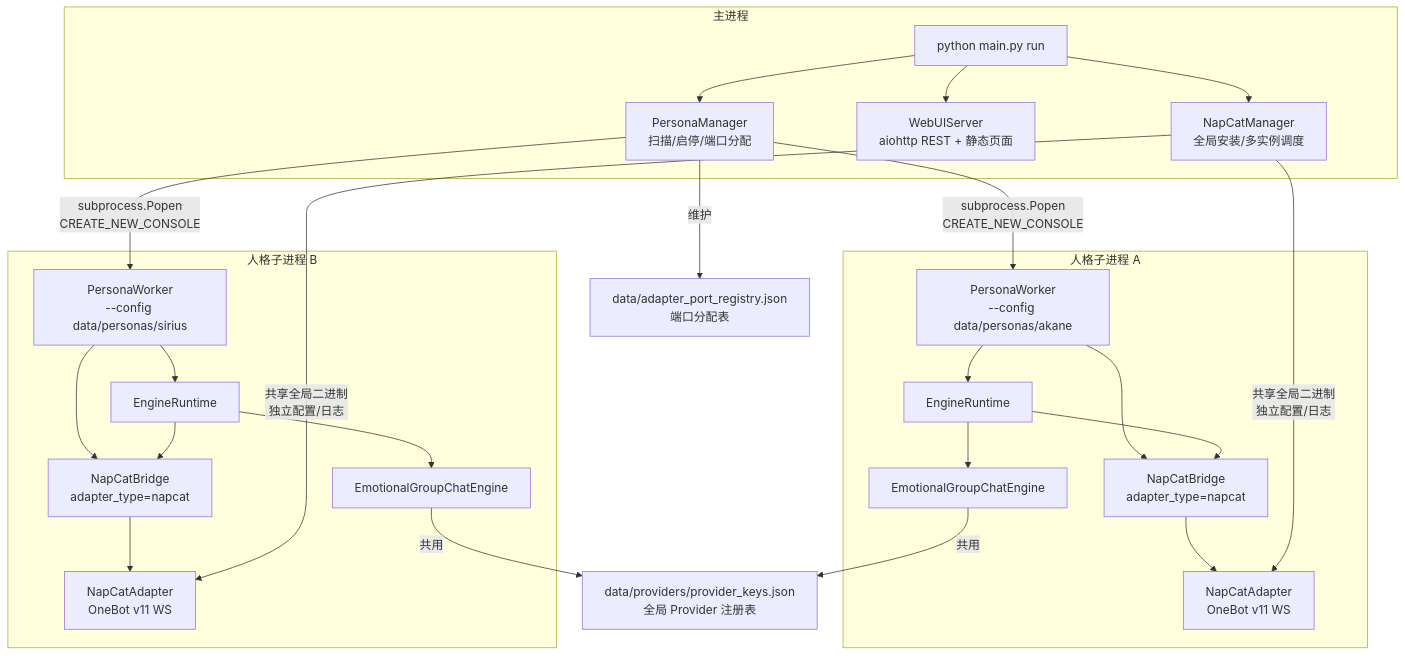
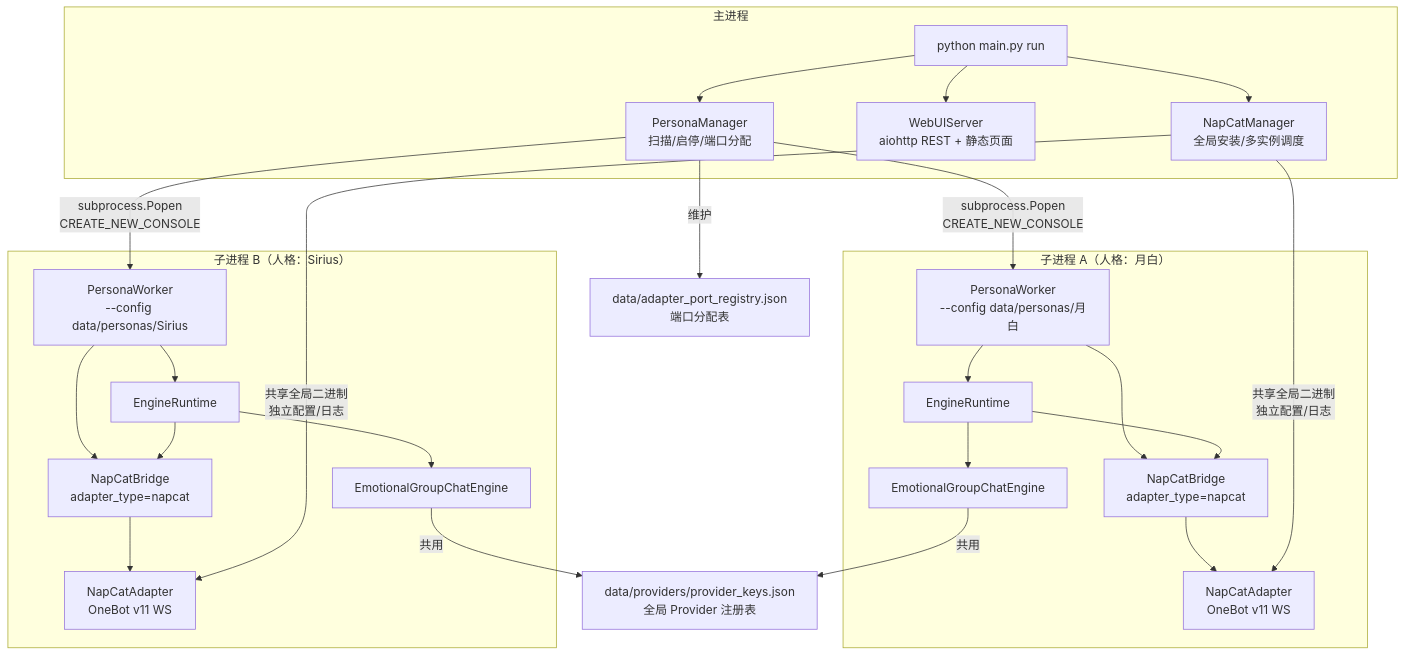
Before and after one commit to Sparrived/SiriusChat: the first of 11 diagrams in docs/full-architecture-flow.md, drawn with Mermaid. The commit also changed other lines of this file and 20 other files, not shown here.

````diff
--- a/docs/full-architecture-flow.md
+++ b/docs/full-architecture-flow.md
@@ -17,44 +17,44 @@
 ```mermaid
 flowchart TD
     subgraph MainProcess["主进程"]
         CLI["python main.py run"]
-        PM["PersonaManager\n扫描/启停/端口分配"]
-        WebUI["WebUIServer\naiohttp REST + 静态页面"]
-        NM["NapCatManager\n全局安装/多实例调度"]
+        PM["PersonaManager<br/>扫描/启停/端口分配"]
+        WebUI["WebUIServer<br/>aiohttp REST + 静态页面"]
+        NM["NapCatManager<br/>全局安装/多实例调度"]
     end
 
     CLI --> PM
     CLI --> WebUI
     CLI --> NM
 
-    subgraph PersonaA["人格子进程 A"]
-        PWA["PersonaWorker\n--config data/personas/akane"]
+    subgraph PersonaA["子进程 A（人格：月白）"]
+        PWA["PersonaWorker<br/>--config data/personas/月白"]
         RTA["EngineRuntime"]
         EngineA["EmotionalGroupChatEngine"]
-        BridgeA["NapCatBridge\nadapter_type=napcat"]
-        AdapterA["NapCatAdapter\nOneBot v11 WS"]
+        BridgeA["NapCatBridge<br/>adapter_type=napcat"]
+        AdapterA["NapCatAdapter<br/>OneBot v11 WS"]
         PWA --> RTA --> EngineA
         PWA --> BridgeA --> AdapterA
         RTA --> BridgeA
     end
 
-    subgraph PersonaB["人格子进程 B"]
-        PWB["PersonaWorker\n--config data/personas/sirius"]
+    subgraph PersonaB["子进程 B（人格：Sirius）"]
+        PWB["PersonaWorker<br/>--config data/personas/Sirius"]
         RTB["EngineRuntime"]
         EngineB["EmotionalGroupChatEngine"]
-        BridgeB["NapCatBridge\nadapter_type=napcat"]
-        AdapterB["NapCatAdapter\nOneBot v11 WS"]
+        BridgeB["NapCatBridge<br/>adapter_type=napcat"]
+        AdapterB["NapCatAdapter<br/>OneBot v11 WS"]
         PWB --> RTB --> EngineB
         PWB --> BridgeB --> AdapterB
         RTB --> BridgeB
     end
 
-    PM -->|subprocess.Popen\nCREATE_NEW_CONSOLE| PWA
-    PM -->|subprocess.Popen\nCREATE_NEW_CONSOLE| PWB
-    NM -->|共享全局二进制\n独立配置/日志| AdapterA
-    NM -->|共享全局二进制\n独立配置/日志| AdapterB
+    PM -->|"subprocess.Popen<br/>CREATE_NEW_CONSOLE"| PWA
+    PM -->|"subprocess.Popen<br/>CREATE_NEW_CONSOLE"| PWB
+    NM -->|"共享全局二进制<br/>独立配置/日志"| AdapterA
+    NM -->|"共享全局二进制<br/>独立配置/日志"| AdapterB
 
-    PM -->|维护| Registry["data/adapter_port_registry.json\n端口分配表"]
-    EngineA -->|共用| Providers["data/providers/provider_keys.json\n全局 Provider 注册表"]
-    EngineB -->|共用| Providers
+    PM -->|"维护"| Registry["data/adapter_port_registry.json<br/>端口分配表"]
+    EngineA -->|"共用"| Providers["data/providers/provider_keys.json<br/>全局 Provider 注册表"]
+    EngineB -->|"共用"| Providers
 ```
````
